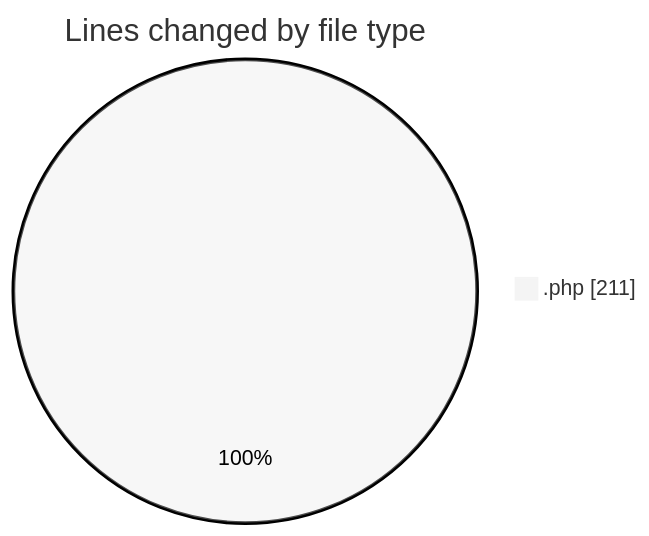
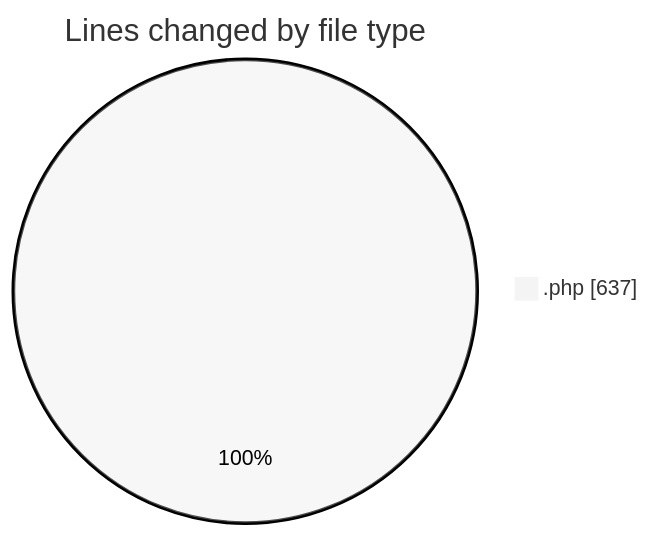
One commit to LanceThiago/code-tracking changed the first of 2 diagrams in 2025-10-03/totem2/README.md. Above: the diagram before and after it, drawn with Mermaid (neutral theme). The commit also changed other lines of this file and 1 other file, not shown here.

````diff
--- a/2025-10-03/totem2/README.md
+++ b/2025-10-03/totem2/README.md
@@ -20,5 +21,5 @@
 ```mermaid
 pie showData
 title Lines changed by file type
-".php" : 211
+".php" : 637
 ```
````
